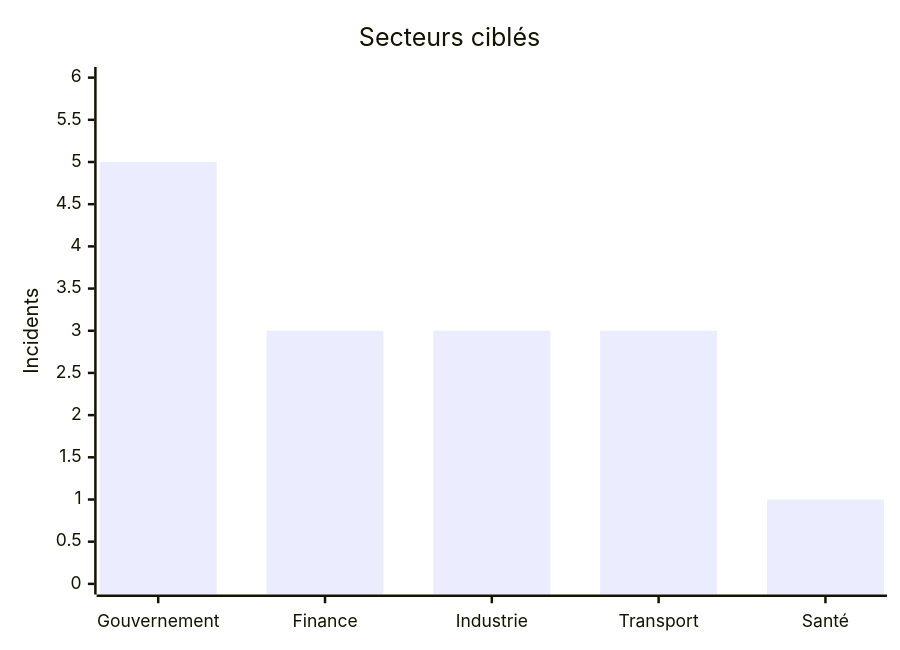
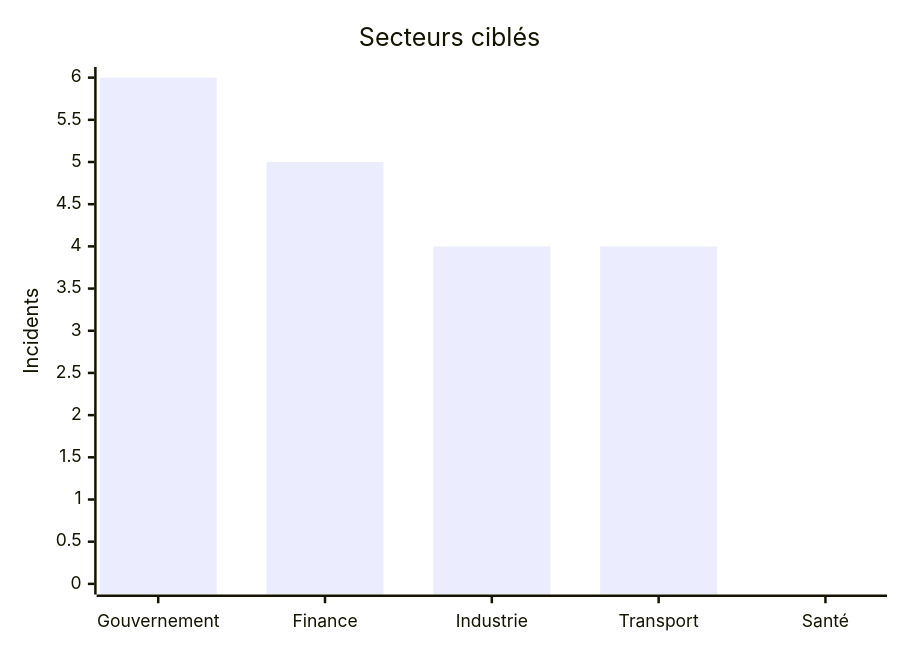
One commit to Hatchepsoute/AFRINTEL changed the fourth of 4 diagrams in visual-intelligence/01-january/README_FR.md. Above: the diagram before and after it, drawn with Mermaid. The commit also changed other lines of this file and 120 other files, not shown here.

````diff
--- a/visual-intelligence/01-january/README_FR.md
+++ b/visual-intelligence/01-january/README_FR.md
@@ -59,7 +60,7 @@
 ```mermaid
 xychart-beta
 title "Secteurs ciblés"
 x-axis ["Gouvernement","Finance","Industrie","Transport","Santé"]
 y-axis "Incidents" 0 --> 6
-bar [5,3,3,3,1]
+bar [6,5,4,4]
 ```
````
